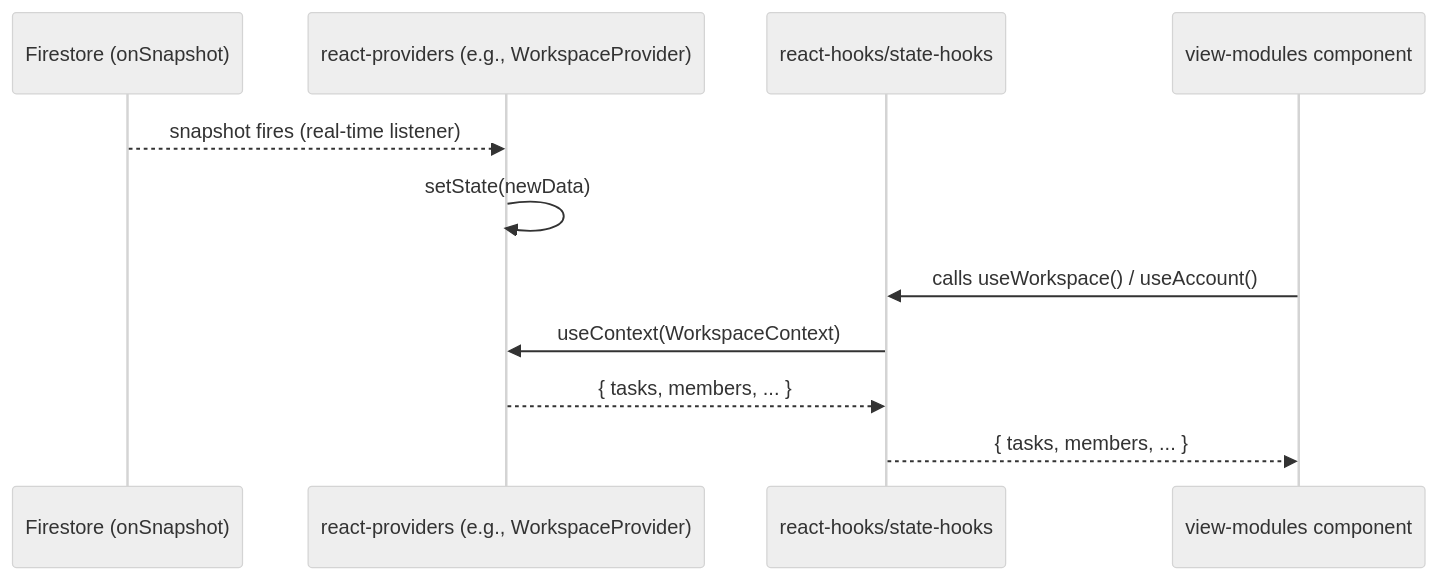
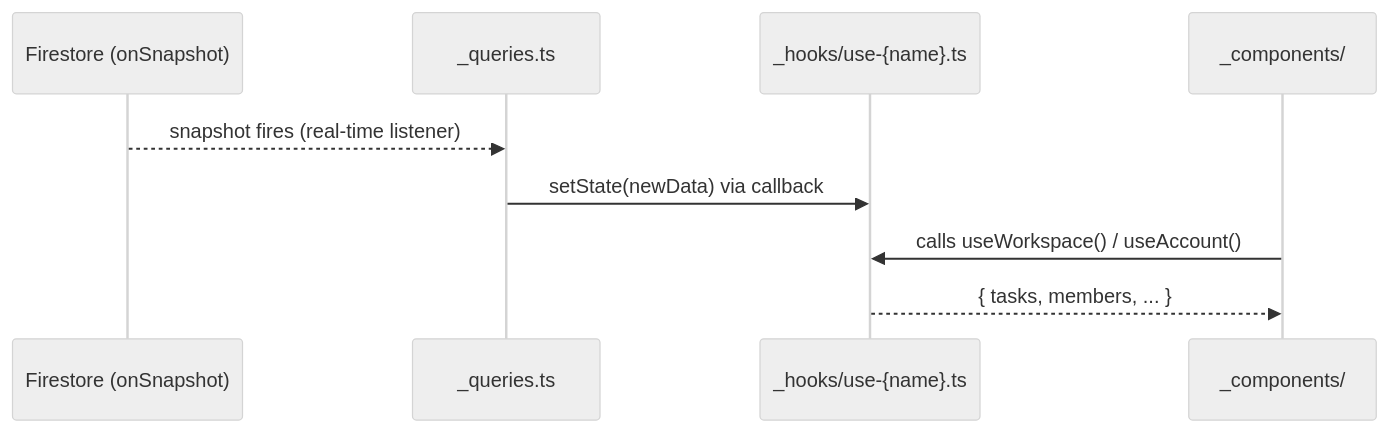
The fourth of 4 diagrams in src/shared/FLOWS.md (7Spade/xuanwu-xxx), drawn with Mermaid (neutral theme) before and after one commit. The commit also changed other lines of this file and 9 other files, not shown here.

````diff
--- a/src/shared/FLOWS.md
+++ b/src/shared/FLOWS.md
@@ -113,14 +107,12 @@
 ```mermaid
 sequenceDiagram
     participant FB as Firestore (onSnapshot)
-    participant Provider as react-providers (e.g., WorkspaceProvider)
-    participant Hook as react-hooks/state-hooks
-    participant UI as view-modules component
+    participant Query as _queries.ts
+    participant Hook as _hooks/use-{name}.ts
+    participant UI as _components/
 
-    FB-->>Provider: snapshot fires (real-time listener)
-    Provider->>Provider: setState(newData)
+    FB-->>Query: snapshot fires (real-time listener)
+    Query->>Hook: setState(newData) via callback
     UI->>Hook: calls useWorkspace() / useAccount()
-    Hook->>Provider: useContext(WorkspaceContext)
-    Provider-->>Hook: { tasks, members, ... }
     Hook-->>UI: { tasks, members, ... }
 ```
````
